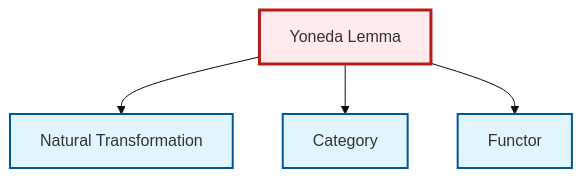
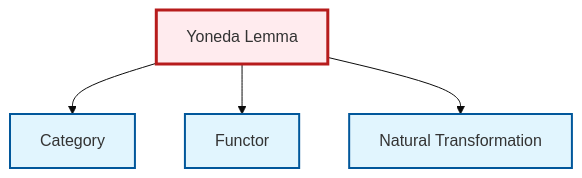
The diagram in output/mermaid/en/thm-yoneda.mermaid (RK0429/ModernMath), drawn with Mermaid (base theme) before and after one commit. The commit also changed other lines of this file and 1707 other files, not shown here.

```diff
--- a/output/mermaid/en/thm-yoneda.mermaid
+++ b/output/mermaid/en/thm-yoneda.mermaid
@@ -1,14 +1,14 @@
 graph TD
     classDef definition fill:#e1f5fe,stroke:#01579b,stroke-width:2px
     classDef theorem fill:#f3e5f5,stroke:#4a148c,stroke-width:2px
     classDef axiom fill:#fff3e0,stroke:#e65100,stroke-width:2px
     classDef example fill:#e8f5e9,stroke:#1b5e20,stroke-width:2px
     classDef current fill:#ffebee,stroke:#b71c1c,stroke-width:3px
-    def-category["Category"]:::definition
     thm-yoneda["Yoneda Lemma"]:::theorem
     def-functor["Functor"]:::definition
+    def-category["Category"]:::definition
     def-natural-transformation["Natural Transformation"]:::definition
-    thm-yoneda --> def-natural-transformation
     thm-yoneda --> def-category
     thm-yoneda --> def-functor
+    thm-yoneda --> def-natural-transformation
     class thm-yoneda current
```
